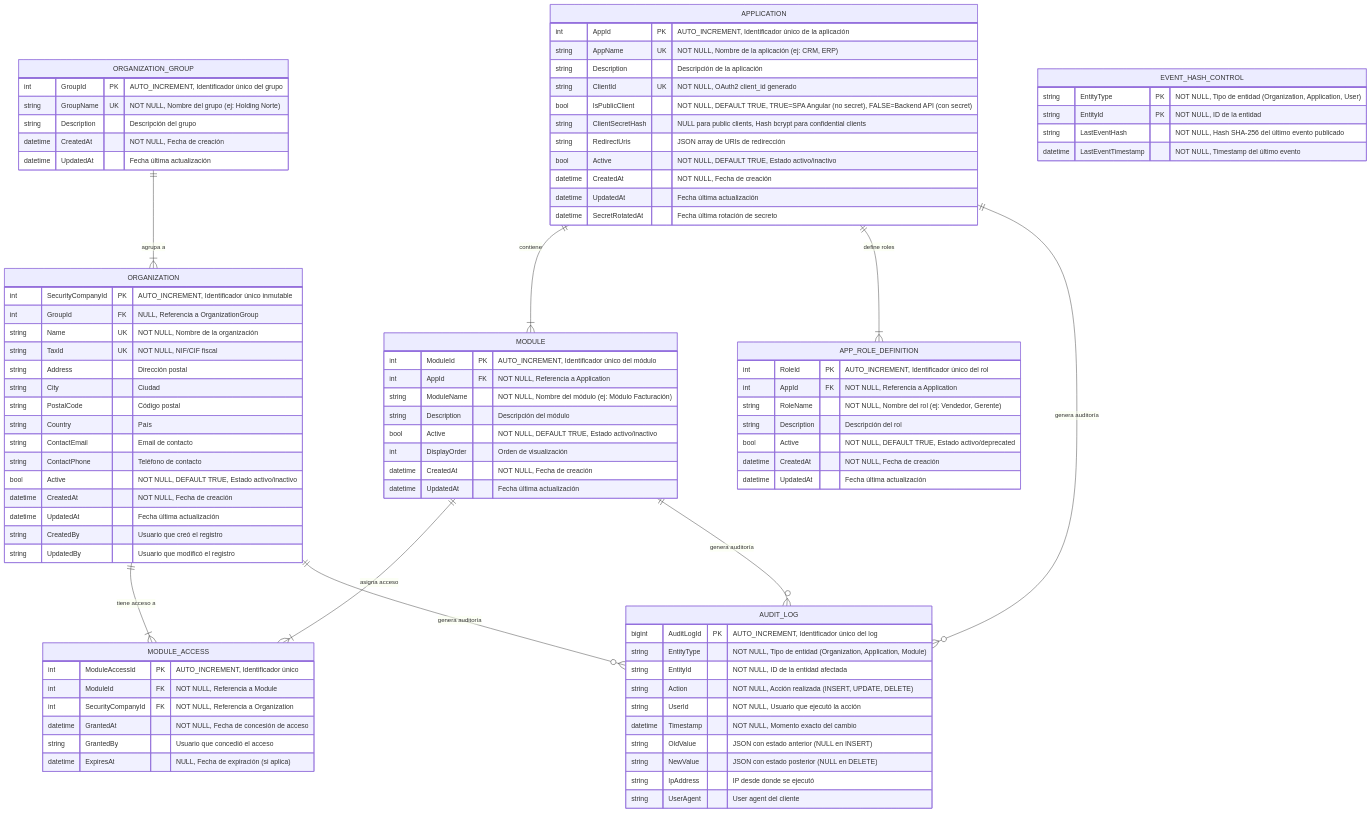
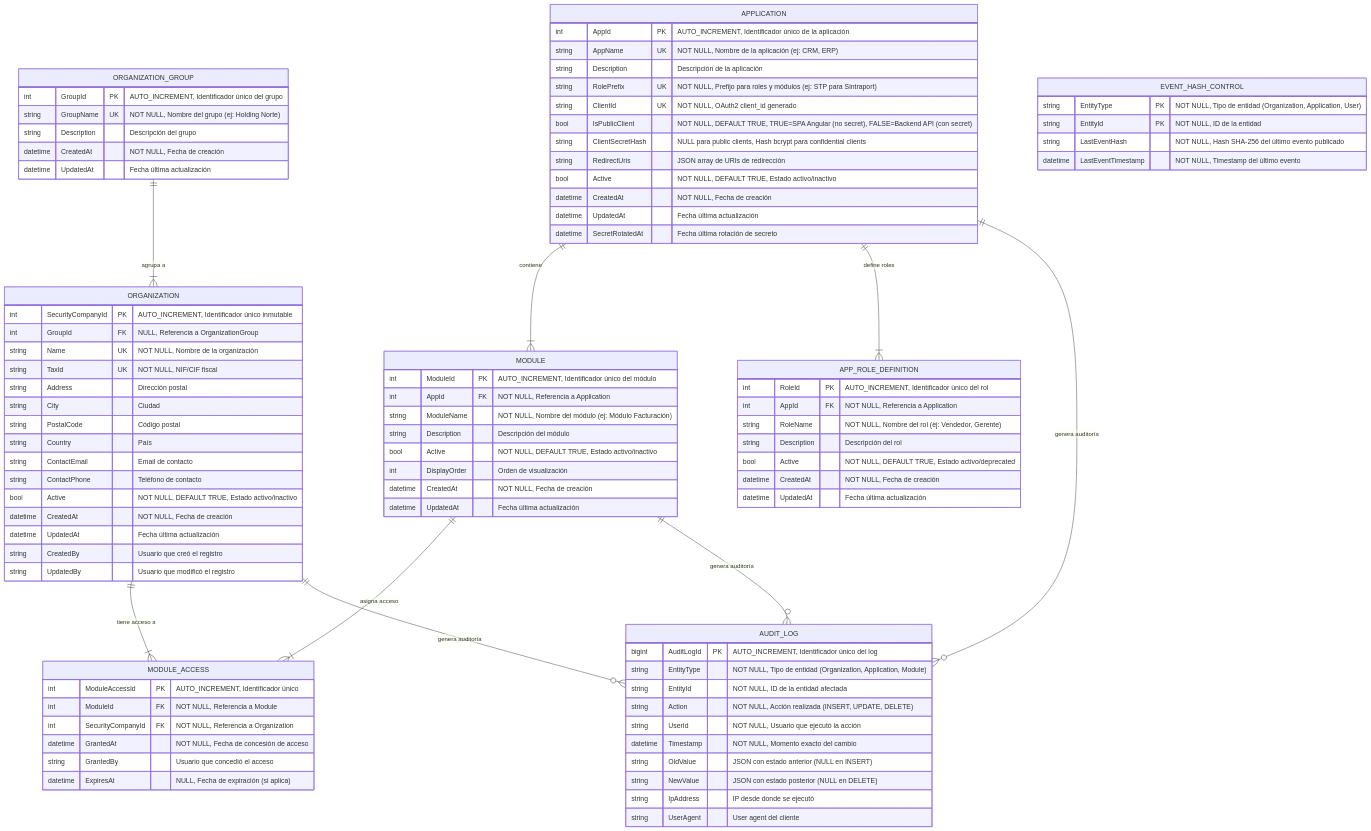
The seventh of 7 diagrams in readme.md (malbert-infoport/AI4Devs), drawn with Mermaid before and after one commit. The commit also changed other lines of this file and 5 other files, not shown here.

```diff
--- a/readme.md
+++ b/readme.md
@@ -2063,6 +2085,7 @@
         int AppId PK "AUTO_INCREMENT, Identificador único de la aplicación"
         string AppName UK "NOT NULL, Nombre de la aplicación (ej: CRM, ERP)"
         string Description "Descripción de la aplicación"
+        string RolePrefix UK "NOT NULL, Prefijo para roles y módulos (ej: STP para Sintraport)"
         string ClientId UK "NOT NULL, OAuth2 client_id generado"
         bool IsPublicClient "NOT NULL, DEFAULT TRUE, TRUE=SPA Angular (no secret), FALSE=Backend API (con secret)"
         string ClientSecretHash "NULL para public clients, Hash bcrypt para confidential clients"
```
